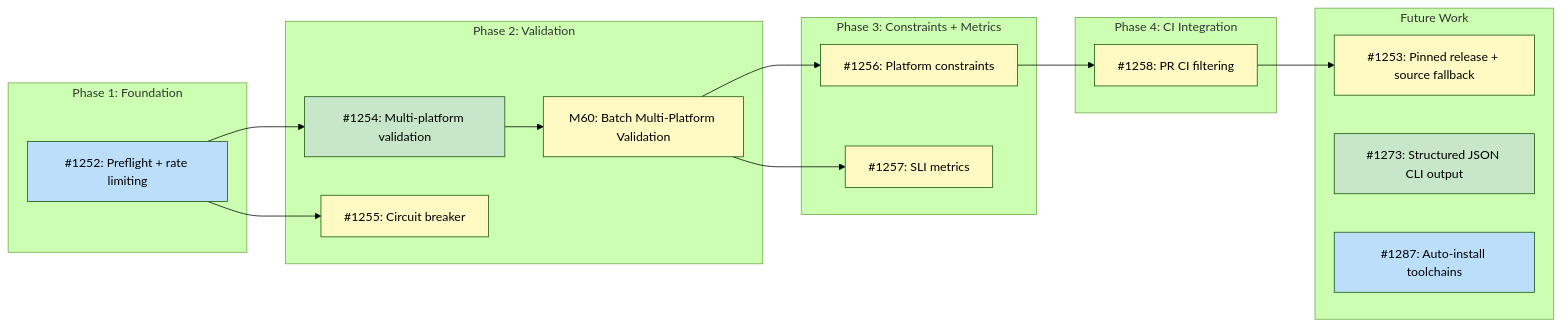
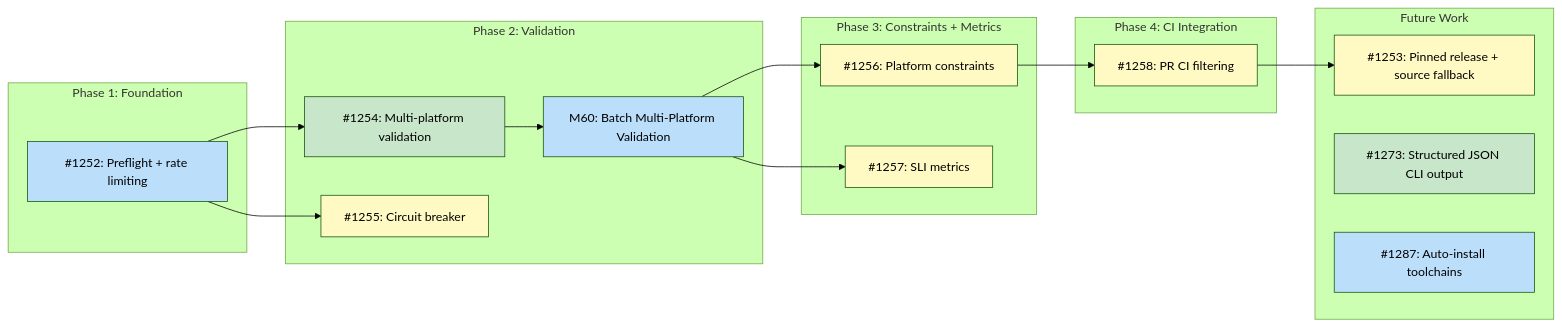
One commit to tsukumogami/tsuku changed the diagram in docs/designs/DESIGN-batch-recipe-generation.md. Above: the diagram before and after it, drawn with Mermaid (forest theme).

Commit message:
fix(design): set M60 diagram class to ready
M60 has no open blocking dependencies (its predecessor #1254 is
closed by this PR), so it should be ready, not blocked.

````diff
--- a/docs/designs/DESIGN-batch-recipe-generation.md
+++ b/docs/designs/DESIGN-batch-recipe-generation.md
@@ -32,46 +32,47 @@
 ```mermaid
 graph LR
     subgraph Phase1["Phase 1: Foundation"]
         I1252["#1252: Preflight + rate limiting"]
     end
 
     subgraph Phase2["Phase 2: Validation"]
         I1254["#1254: Multi-platform validation"]
         I1255["#1255: Circuit breaker"]
         M60["M60: Batch Multi-Platform Validation"]
     end
 
     subgraph Phase3["Phase 3: Constraints + Metrics"]
         I1256["#1256: Platform constraints"]
         I1257["#1257: SLI metrics"]
     end
 
     subgraph Phase4["Phase 4: CI Integration"]
         I1258["#1258: PR CI filtering"]
     end
 
     subgraph Future["Future Work"]
         I1253["#1253: Pinned release + source fallback"]
         I1273["#1273: Structured JSON CLI output"]
         I1287["#1287: Auto-install toolchains"]
     end
 
     I1252 --> I1254
     I1252 --> I1255
     I1254 --> M60
     M60 --> I1256
     M60 --> I1257
     I1256 --> I1258
     I1258 --> I1253
 
     classDef done fill:#c8e6c9
     classDef ready fill:#bbdefb
     classDef blocked fill:#fff9c4
     classDef needsDesign fill:#e1bee7
 
     class I1252 ready
     class I1253 blocked
     class I1254,I1273 done
     class I1287 ready
-    class M60,I1255,I1256,I1257,I1258 blocked
+    class M60 ready
+    class I1255,I1256,I1257,I1258 blocked
 ```
````
